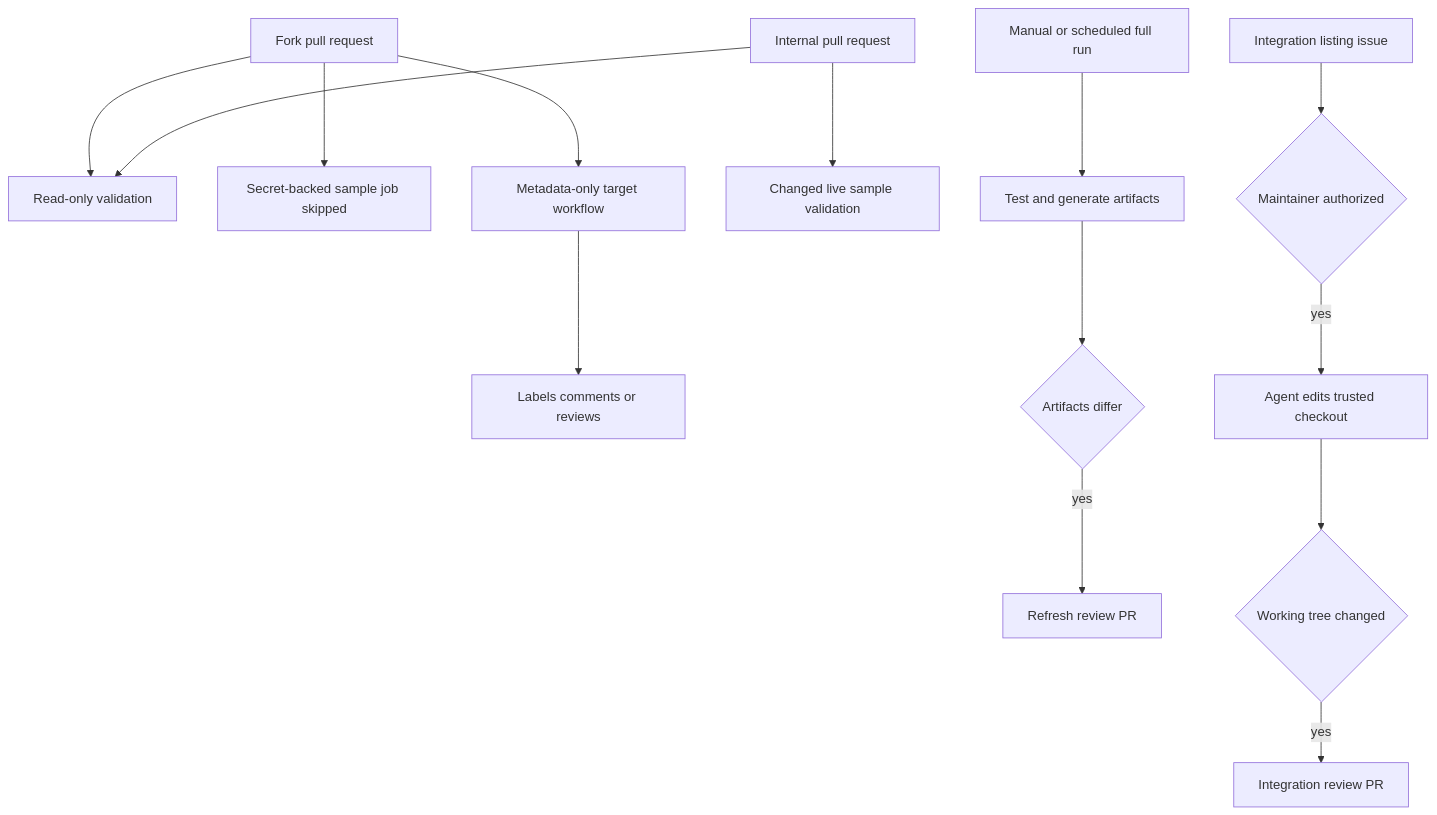
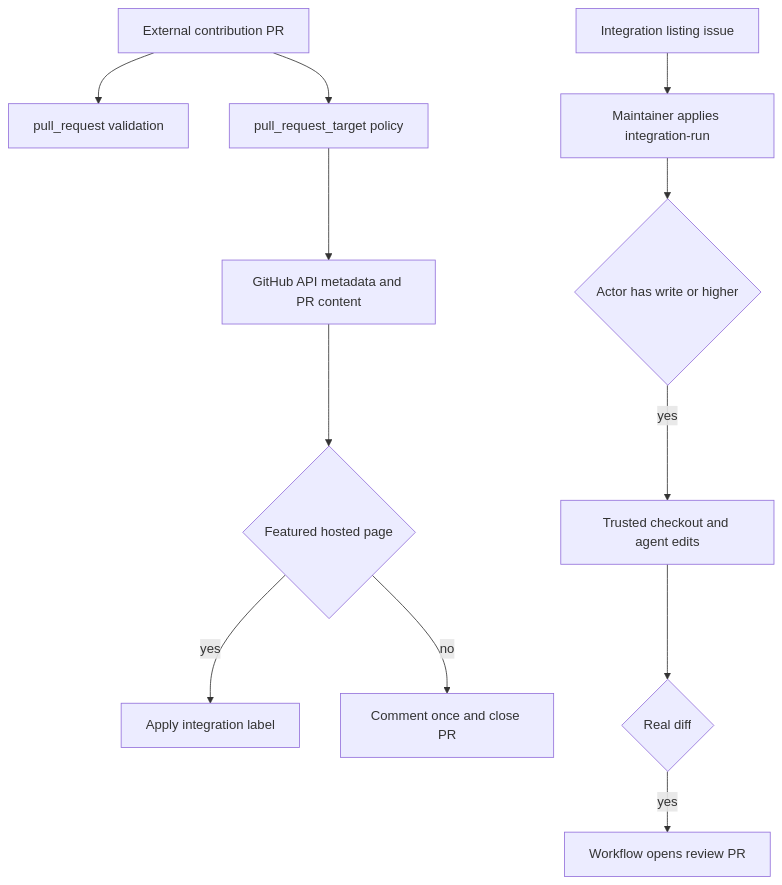
One commit to langchain-ai/docs changed the first of 3 diagrams in openwiki/integrations/github-actions.md. Above: the diagram before and after it, drawn with Mermaid. The commit also changed other lines of this file and 29 other files, not shown here.

````diff
--- a/openwiki/integrations/github-actions.md
+++ b/openwiki/integrations/github-actions.md
@@ -41,16 +49,14 @@
 ```mermaid
 flowchart TD
-  ForkPR["Fork pull request"] --> Validation["Read-only validation"]
-  ForkPR --> Skip["Secret-backed sample job skipped"]
-  ForkPR --> Metadata["Metadata-only target workflow"]
-  Metadata --> Mutation["Labels comments or reviews"]
-  InternalPR["Internal pull request"] --> Validation
-  InternalPR --> Samples["Changed live sample validation"]
-  FullRun["Manual or scheduled full run"] --> Trace["Test and generate artifacts"]
-  Trace --> Changed{"Artifacts differ"}
-  Changed -->|"yes"| RefreshPR["Refresh review PR"]
-  Issue["Integration listing issue"] --> Authorized{"Maintainer authorized"}
-  Authorized -->|"yes"| Agent["Agent edits trusted checkout"]
-  Agent --> AgentChanged{"Working tree changed"}
-  AgentChanged -->|"yes"| ListingPR["Integration review PR"]
+  Contribution["External contribution PR"] --> Validation["pull_request validation"]
+  Contribution --> Policy["pull_request_target policy"]
+  Policy --> API["GitHub API metadata and PR content"]
+  API --> Decision{"Featured hosted page"}
+  Decision -->|"yes"| Label["Apply integration label"]
+  Decision -->|"no"| Nudge["Comment once and close PR"]
+  Issue["Integration listing issue"] --> Trigger["Maintainer applies integration-run"]
+  Trigger --> Authorize{"Actor has write or higher"}
+  Authorize -->|"yes"| Agent["Trusted checkout and agent edits"]
+  Agent --> Diff{"Real diff"}
+  Diff -->|"yes"| ReviewPR["Workflow opens review PR"]
 ```
````
